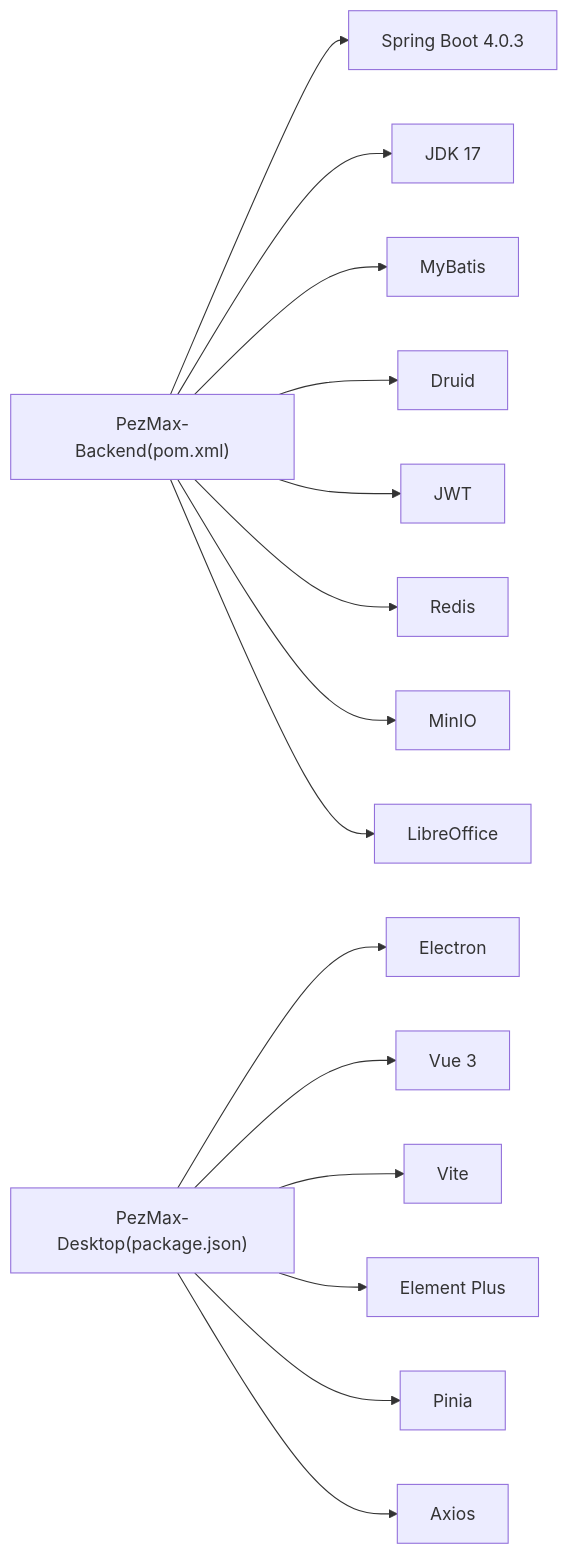
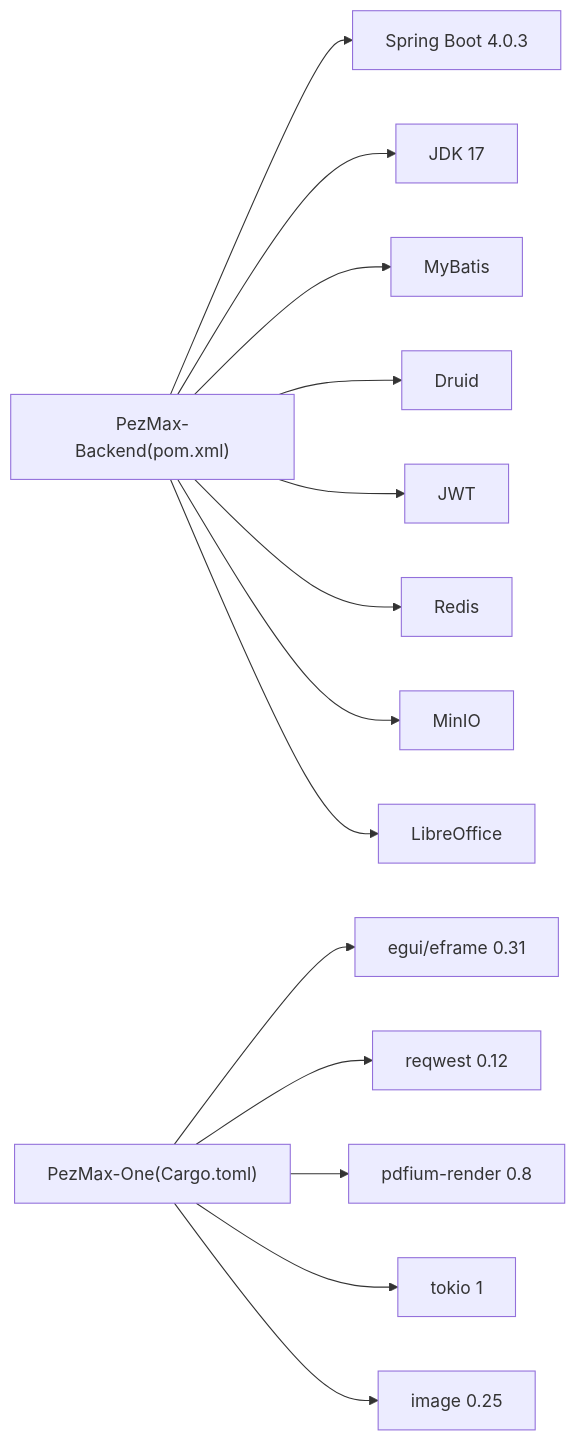
One commit to PezMax/PezMax-One changed the sixth of 6 diagrams in repowiki/zh/content/快速开始.md. Above: the diagram before and after it, drawn with Mermaid. The commit also changed other lines of this file and 12 other files, not shown here.

````diff
--- a/repowiki/zh/content/快速开始.md
+++ b/repowiki/zh/content/快速开始.md
@@ -273,17 +214,16 @@
 ```mermaid
 graph LR
 PZB["PezMax-Backend(pom.xml)"] --> SB["Spring Boot 4.0.3"]
 PZB --> JDK["JDK 17"]
 PZB --> MB["MyBatis"]
 PZB --> DR["Druid"]
 PZB --> JWT["JWT"]
 PZB --> RD["Redis"]
 PZB --> MIN["MinIO"]
 PZB --> LO["LibreOffice"]
-PZD["PezMax-Desktop(package.json)"] --> EL["Electron"]
-PZD --> VUE["Vue 3"]
-PZD --> VITE["Vite"]
-PZD --> EP["Element Plus"]
-PZD --> PIN["Pinia"]
-PZD --> AX["Axios"]
+PZO["PezMax-One(Cargo.toml)"] --> EG["egui/eframe 0.31"]
+PZO --> RW["reqwest 0.12"]
+PZO --> PDF["pdfium-render 0.8"]
+PZO --> TK["tokio 1"]
+PZO --> IMG["image 0.25"]
 ```
````
